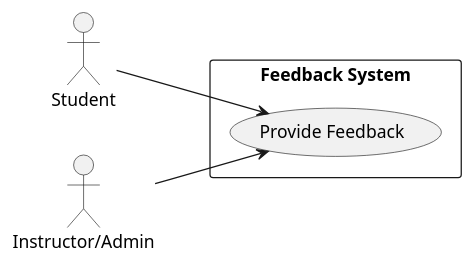
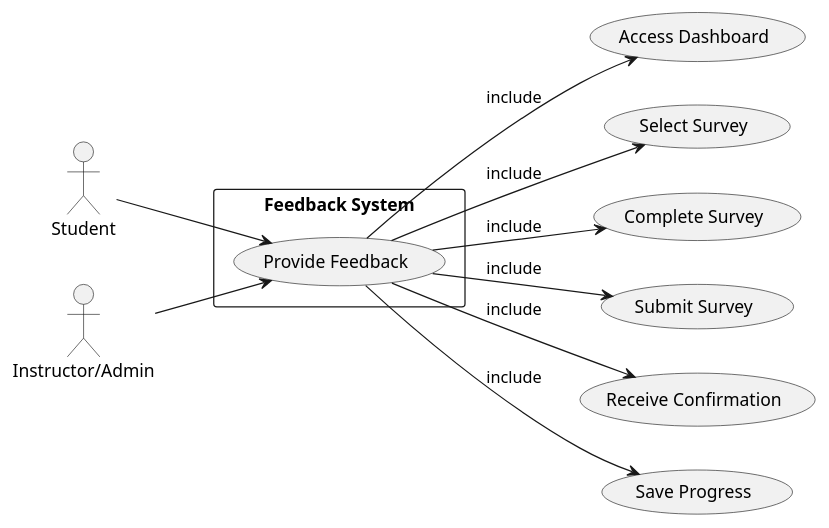
One commit to bahati7/MKB-cohort-2-Demo changed the diagram in doc/usecases/plantUML/provide_feedback_usecase.puml. Above: the diagram before and after it, drawn with PlantUML. The commit also changed other lines of this file, not shown here.

Commit message:
Added detailed use cases and defined include relationships for main feedback process
Defined the key steps involved in the "Provide Feedback" use case by adding related use cases such as Access Dashboard, Select Survey, Complete Survey, Submit Survey, Receive Confirmation, and Save Progress. Established inclusion relationships from the main use case to these sub-processes to model the detailed feedback workflow.

```diff
--- a/doc/usecases/plantUML/provide_feedback_usecase.puml
+++ b/doc/usecases/plantUML/provide_feedback_usecase.puml
@@ -2,15 +1,29 @@
 @startuml provide_feedback_usecase
 
 left to right direction
 
 actor Student
 actor "Instructor/Admin" as reviewer
 
 rectangle "Feedback System" {
   usecase "Provide Feedback" as UC_Main
 }
 
 Student --> UC_Main
 reviewer --> UC_Main
+'Included use cases representing steps in the feedback process
+  usecase "Access Dashboard" as UC_Dashboard
+  usecase "Select Survey" as UC_Select
+  usecase "Complete Survey" as UC_Complete
+  usecase "Submit Survey" as UC_Submit
+  usecase "Receive Confirmation" as UC_Confirm
+  usecase "Save Progress" as UC_Save
+
+  UC_Main --> UC_Dashboard : include
+  UC_Main --> UC_Select : include
+  UC_Main --> UC_Complete : include
+  UC_Main --> UC_Submit : include
+  UC_Main --> UC_Confirm : include
+  UC_Main --> UC_Save : include
 
 @enduml
```
